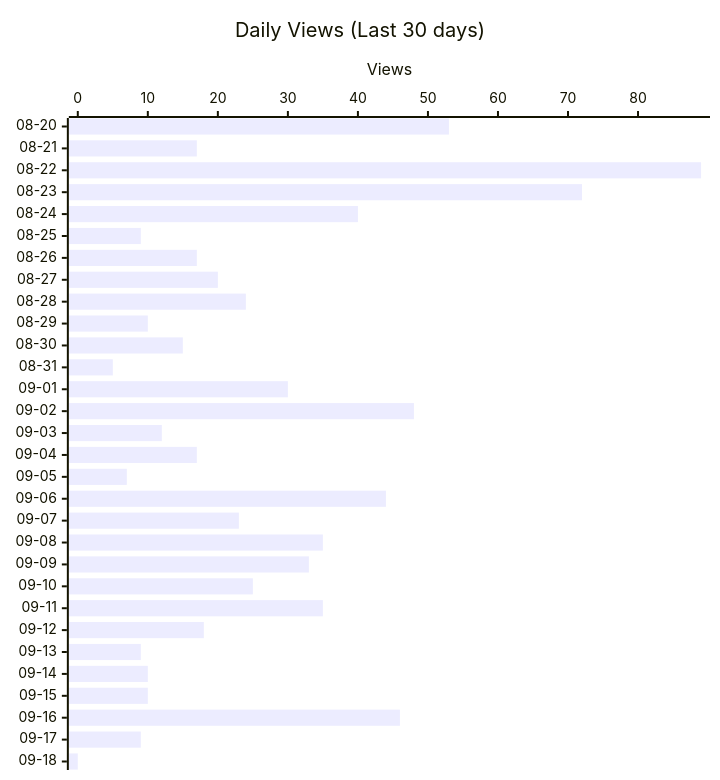
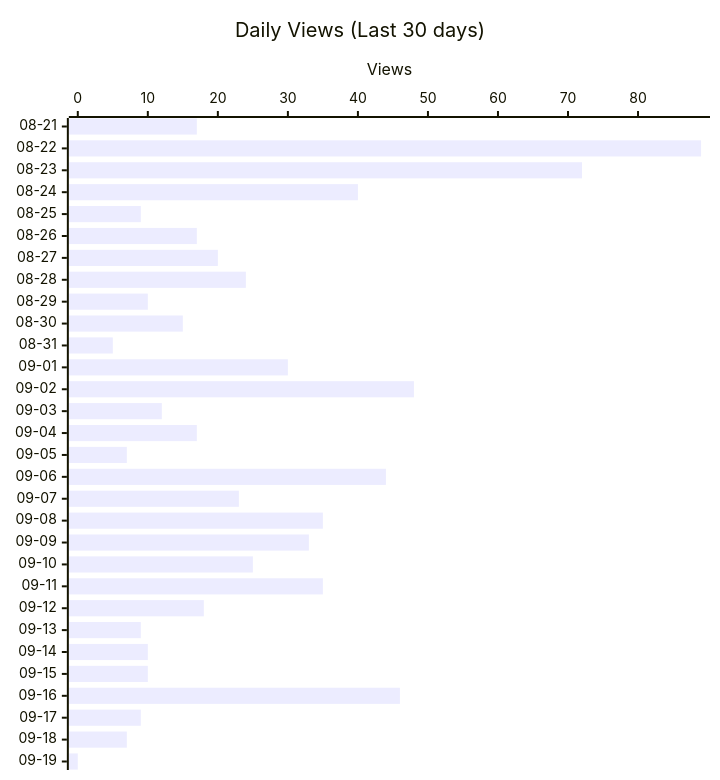
One commit to shigechika/github-insights changed the second of 4 diagrams in README.md. Above: the diagram before and after it, drawn with Mermaid. The commit also changed other lines of this file and 2 other files, not shown here.

````diff
--- a/README.md
+++ b/README.md
@@ -28,12 +28,12 @@
 ```mermaid
 ---
 config:
   xyChart:
     height: 760
 ---
 xychart-beta horizontal
     title "Daily Views (Last 30 days)"
-    x-axis ["08-20", "08-21", "08-22", "08-23", "08-24", "08-25", "08-26", "08-27", "08-28", "08-29", "08-30", "08-31", "09-01", "09-02", "09-03", "09-04", "09-05", "09-06", "09-07", "09-08", "09-09", "09-10", "09-11", "09-12", "09-13", "09-14", "09-15", "09-16", "09-17", "09-18"]
+    x-axis ["08-21", "08-22", "08-23", "08-24", "08-25", "08-26", "08-27", "08-28", "08-29", "08-30", "08-31", "09-01", "09-02", "09-03", "09-04", "09-05", "09-06", "09-07", "09-08", "09-09", "09-10", "09-11", "09-12", "09-13", "09-14", "09-15", "09-16", "09-17", "09-18", "09-19"]
     y-axis "Views"
-    bar [53, 17, 89, 72, 40, 9, 17, 20, 24, 10, 15, 5, 30, 48, 12, 17, 7, 44, 23, 35, 33, 25, 35, 18, 9, 10, 10, 46, 9, 0]
+    bar [17, 89, 72, 40, 9, 17, 20, 24, 10, 15, 5, 30, 48, 12, 17, 7, 44, 23, 35, 33, 25, 35, 18, 9, 10, 10, 46, 9, 7, 0]
 ```
````
